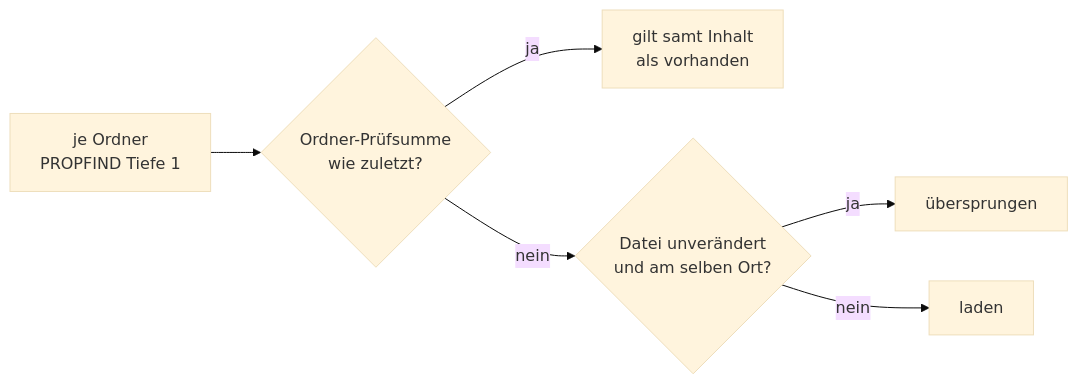
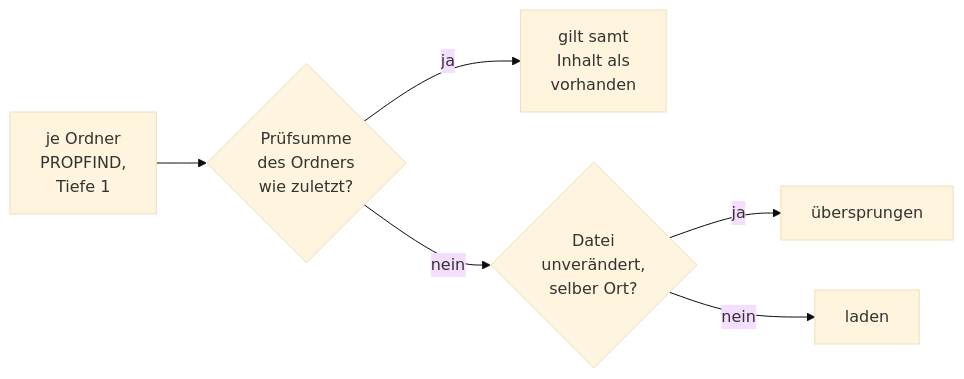
The second of 2 diagrams in docs/handbuch/konnektoren/nextcloud.md (criew/opaa), drawn with Mermaid (base theme) before and after one commit. The commit also changed other lines of this file and 13 other files, not shown here.

First line of the commit message:
docs(handbuch): Mermaid-Beschriftungen umbrechen und Verweise auf Konnektor-Abschnitte nachziehen

````diff
--- a/docs/handbuch/konnektoren/nextcloud.md
+++ b/docs/handbuch/konnektoren/nextcloud.md
@@ -91,8 +91,8 @@
 ```mermaid
 flowchart LR
-    B[je Ordner<br/>PROPFIND Tiefe 1] --> C{Ordner-Prüfsumme<br/>wie zuletzt?}
-    C -- ja --> K[gilt samt Inhalt<br/>als vorhanden]
-    C -- nein --> D{Datei unverändert<br/>und am selben Ort?}
+    B[je Ordner<br/>PROPFIND,<br/>Tiefe 1] --> C{Prüfsumme<br/>des Ordners<br/>wie zuletzt?}
+    C -- ja --> K[gilt samt<br/>Inhalt als<br/>vorhanden]
+    C -- nein --> D{Datei<br/>unverändert,<br/>selber Ort?}
     D -- ja --> S[übersprungen]
     D -- nein --> F[laden]
 ```
````
